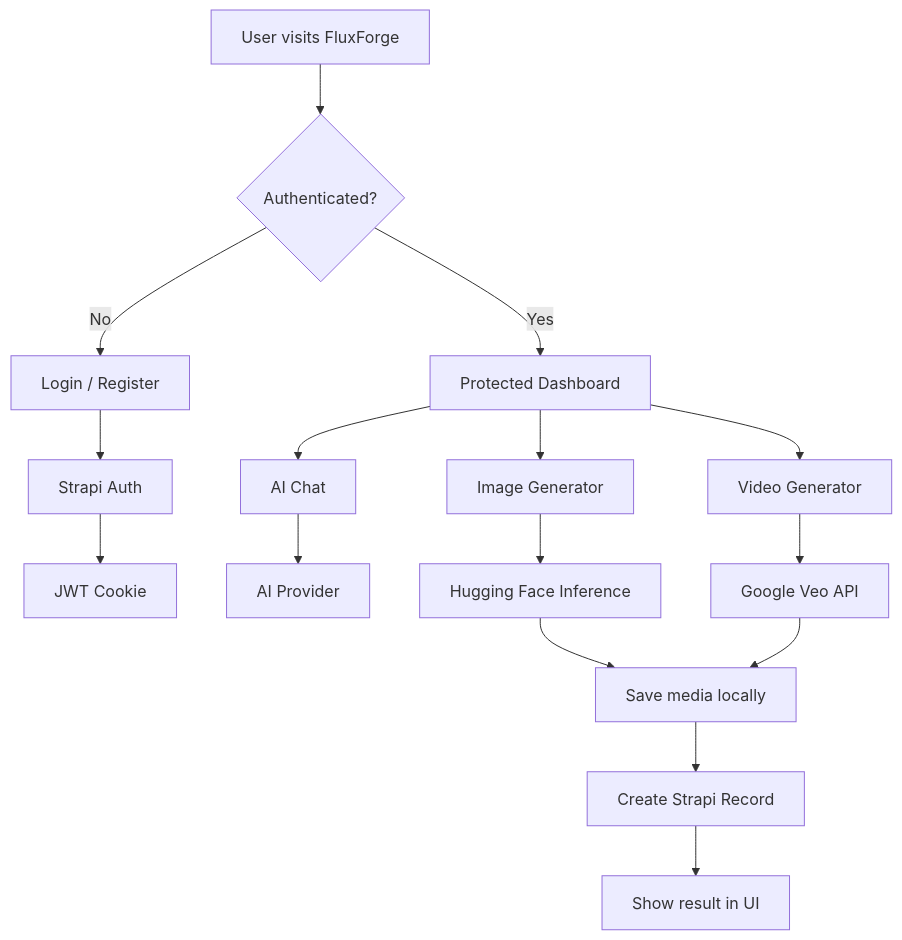
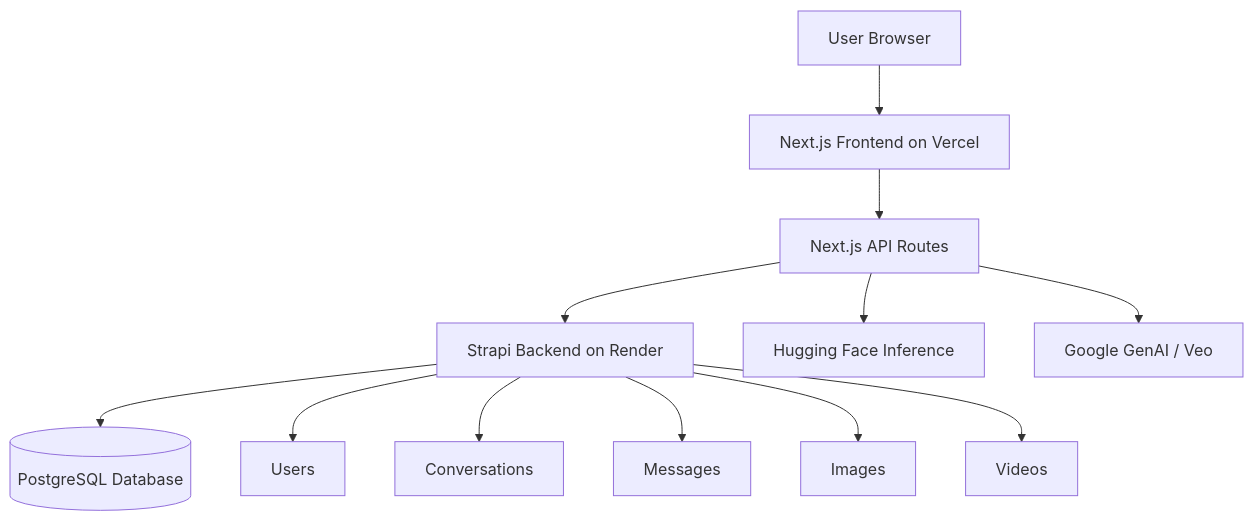
The diagram in README.md (UjjwalKumarKannojiya/Ai-SaaS), drawn with Mermaid before and after one commit. The commit also changed other lines of this file, not shown here.

````diff
--- a/README.md
+++ b/README.md
@@ -210,18 +134,16 @@
 ```mermaid
 flowchart TD
-    A[User visits FluxForge] --> B{Authenticated?}
-    B -- No --> C[Login / Register]
-    C --> D[Strapi Auth]
-    D --> E[JWT Cookie]
-    B -- Yes --> F[Protected Dashboard]
-    F --> G[AI Chat]
-    F --> H[Image Generator]
-    F --> I[Video Generator]
-    G --> J[AI Provider]
-    H --> K[Hugging Face Inference]
-    I --> L[Google Veo API]
-    K --> M[Save media locally]
-    L --> M
-    M --> N[Create Strapi Record]
-    N --> O[Show result in UI]
+    A[User Browser] --> B[Next.js Frontend on Vercel]
+    B --> C[Next.js API Routes]
+    C --> D[Strapi Backend on Render]
+    D --> E[(PostgreSQL Database)]
+
+    C --> F[Hugging Face Inference]
+    C --> G[Google GenAI / Veo]
+
+    D --> H[Users]
+    D --> I[Conversations]
+    D --> J[Messages]
+    D --> K[Images]
+    D --> L[Videos]
 ```
````
